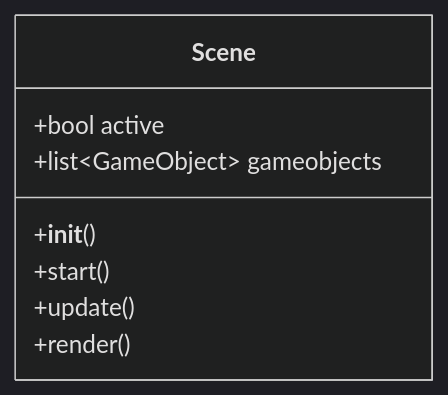
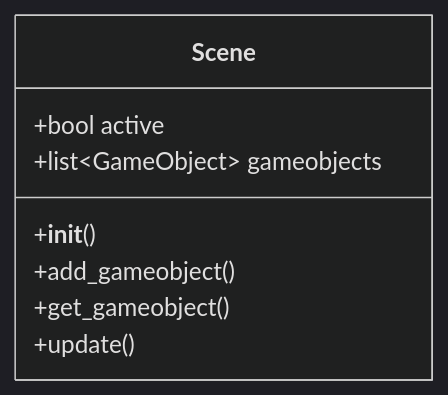
One commit to dev-haku/py-gamekit changed the fourth of 9 diagrams in docs/py-gamekit.md. Above: the diagram before and after it, drawn with Mermaid (dark theme). The commit also changed other lines of this file, not shown here.

````diff
--- a/docs/py-gamekit.md
+++ b/docs/py-gamekit.md
@@ -181,13 +176,13 @@
 ```mermaid
 classDiagram
 
 class Scene {
     +bool active
     +list~GameObject~ gameobjects
 
     +__init__()
-    +start()
+    +add_gameobject()
+    +get_gameobject()
     +update()
-    +render()
 }
 ```
````
